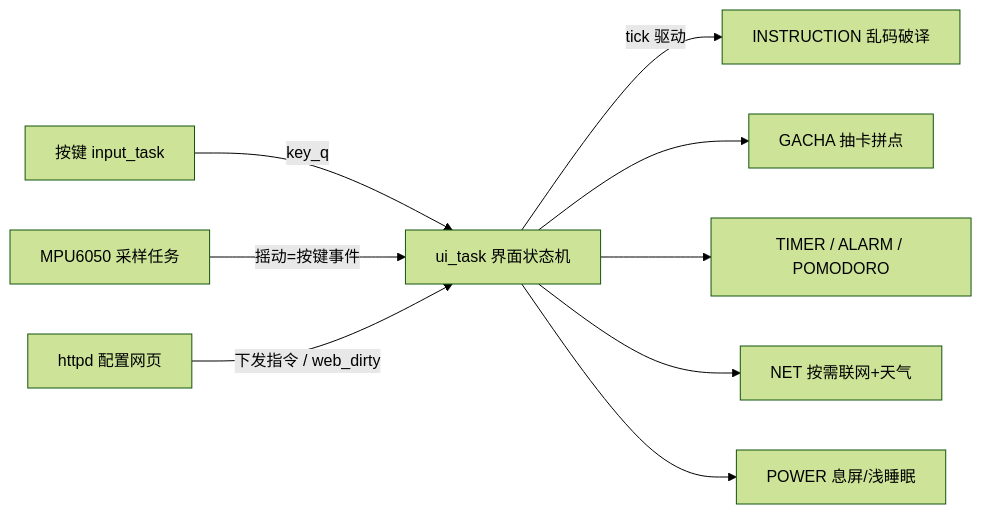
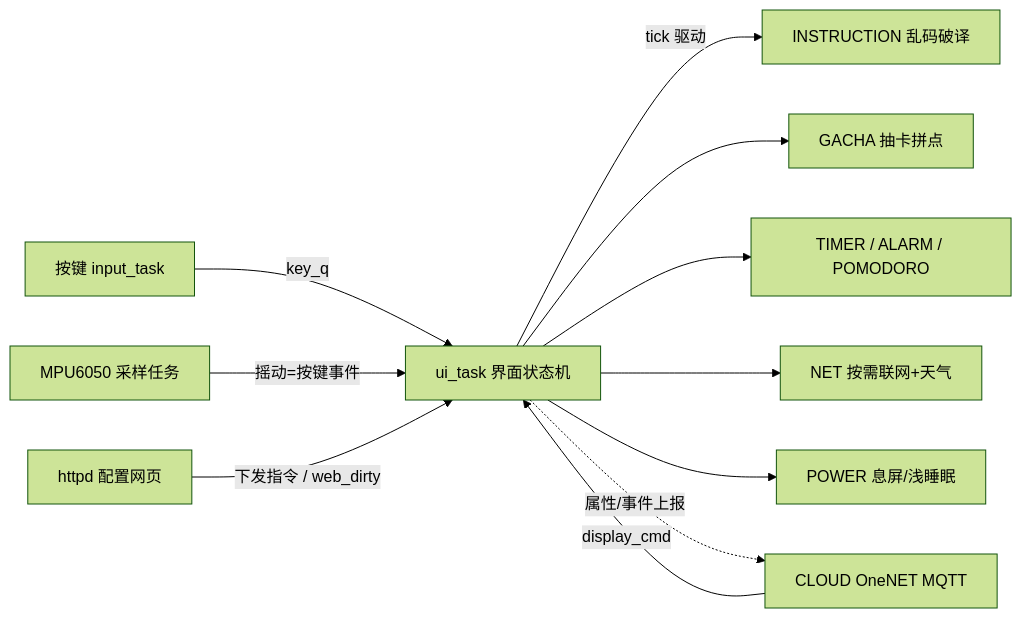
One commit to zyunran/esp32s3-prescript-beeper changed the diagram in README.md. Above: the diagram before and after it, drawn with Mermaid (forest theme). The commit also changed other lines of this file and 1 other file, not shown here.

Commit message:
v1.14: MQTT 云端(OneNET)版本号与 README 云端接入章节

````diff
--- a/README.md
+++ b/README.md
@@ -81,11 +90,13 @@
 ```mermaid
 flowchart LR
     K[按键 input_task] -->|key_q| U[ui_task 界面状态机]
     M[MPU6050 采样任务] -->|摇动=按键事件| U
     W[httpd 配置网页] -->|下发指令 / web_dirty| U
     U -->|tick 驱动| A[INSTRUCTION 乱码破译]
     U --> G[GACHA 抽卡拼点]
     U --> T[TIMER / ALARM / POMODORO]
     U --> N[NET 按需联网+天气]
     U --> P[POWER 息屏/浅睡眠]
+    C[CLOUD OneNET MQTT] -->|display_cmd| U
+    U -.->|属性/事件上报| C
 ```
````
